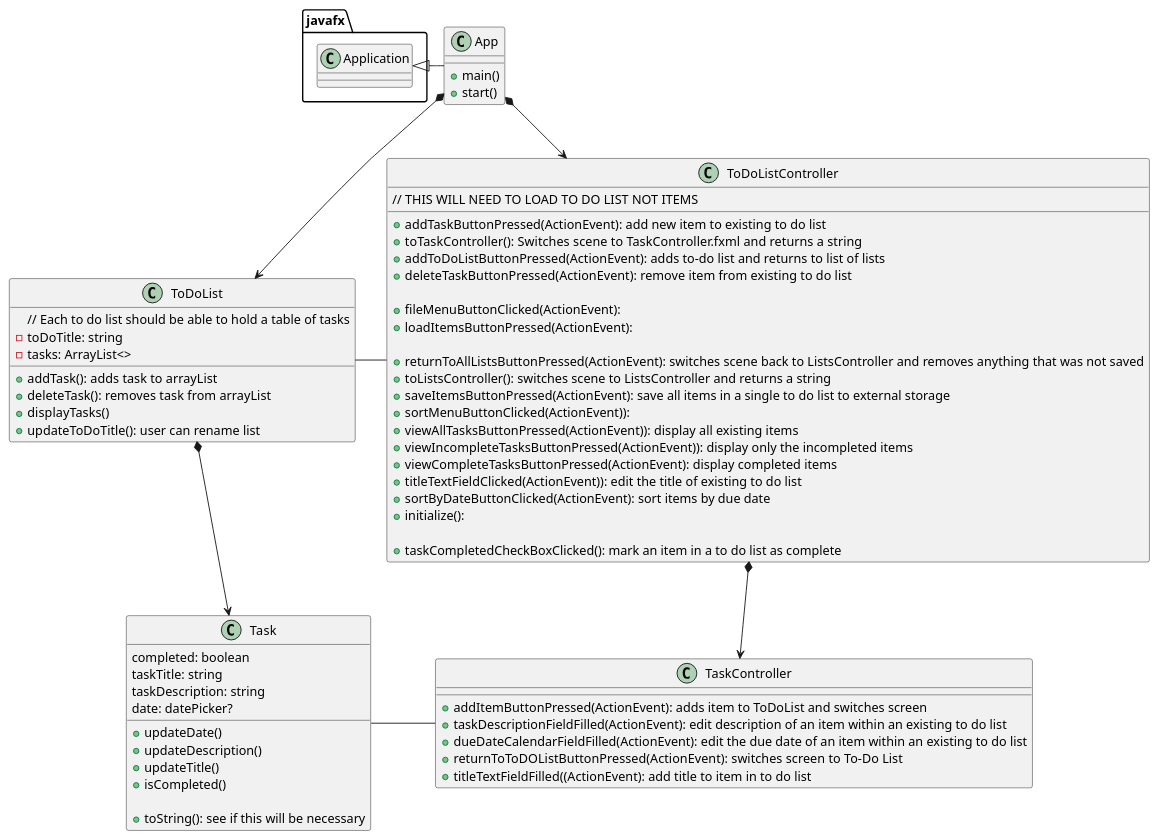
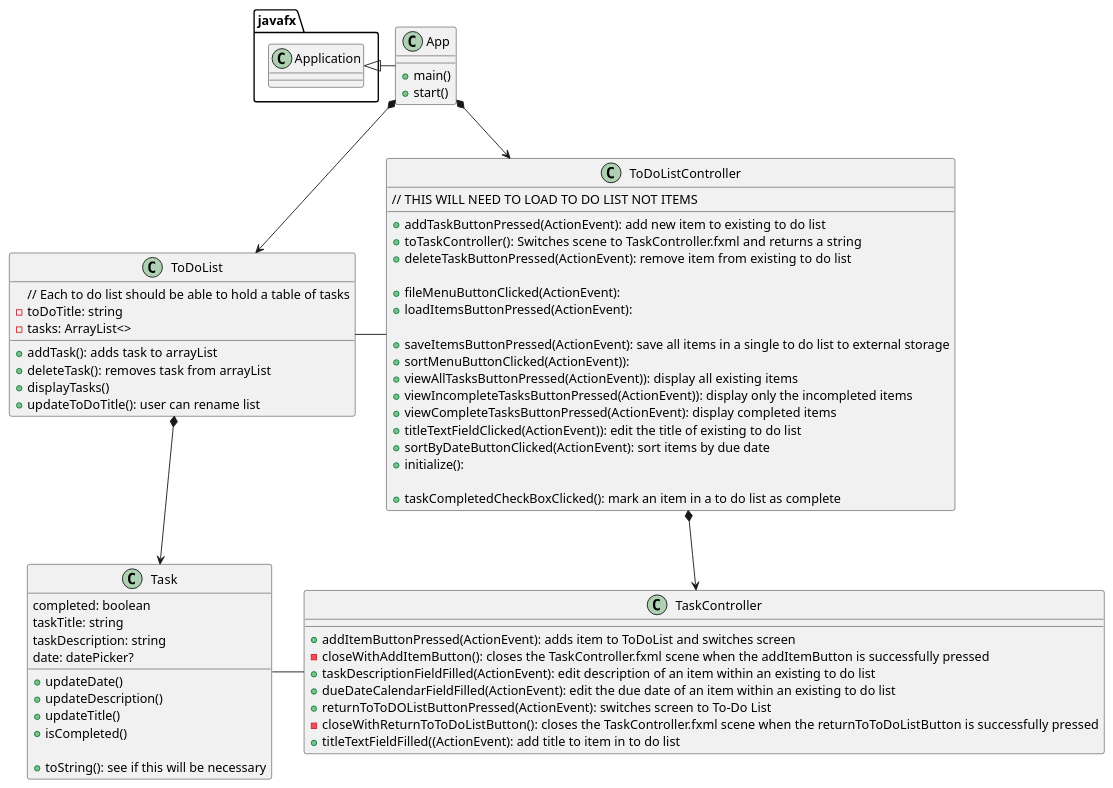
One commit to savosburn/To-Do-List-with-GUI changed the diagram in uml/ToDoList.puml. Above: the diagram before and after it, drawn with PlantUML. The commit also changed 5 other files, not shown here.

Commit message:
Scene switch methods improved, ToDoList.puml adjusted accordingly

```diff
--- a/uml/ToDoList.puml
+++ b/uml/ToDoList.puml
@@ -1,80 +1,79 @@
 @startuml
 'https://plantuml.com/sequence-diagram
 
 class App {
     + main()
     + start()
 }
 
 class ToDoList {
     // Each to do list should be able to hold a table of tasks
     - toDoTitle: string
     - tasks: ArrayList<>
 
     + addTask(): adds task to arrayList
     + deleteTask(): removes task from arrayList
     + displayTasks()
     + updateToDoTitle(): user can rename list
 
 }
 
 class Task {
     completed: boolean
     taskTitle: string
     taskDescription: string
     date: datePicker?
 
     + updateDate()
     + updateDescription()
     + updateTitle()
     + isCompleted()
 
     + toString(): see if this will be necessary
 }
 
 class ToDoListController {
     + addTaskButtonPressed(ActionEvent): add new item to existing to do list
     + toTaskController(): Switches scene to TaskController.fxml and returns a string
-    + addToDoListButtonPressed(ActionEvent): adds to-do list and returns to list of lists
     + deleteTaskButtonPressed(ActionEvent): remove item from existing to do list
 
     + fileMenuButtonClicked(ActionEvent):
 
     // THIS WILL NEED TO LOAD TO DO LIST NOT ITEMS
     + loadItemsButtonPressed(ActionEvent):
 
-    + returnToAllListsButtonPressed(ActionEvent): switches scene back to ListsController and removes anything that was not saved
-    + toListsController(): switches scene to ListsController and returns a string
     + saveItemsButtonPressed(ActionEvent): save all items in a single to do list to external storage
     + sortMenuButtonClicked(ActionEvent)):
            + viewAllTasksButtonPressed(ActionEvent)): display all existing items
            + viewIncompleteTasksButtonPressed(ActionEvent)): display only the incompleted items
            + viewCompleteTasksButtonPressed(ActionEvent): display completed items
     + titleTextFieldClicked(ActionEvent)): edit the title of existing to do list
     + sortByDateButtonClicked(ActionEvent): sort items by due date
     + initialize():
 
     + taskCompletedCheckBoxClicked(): mark an item in a to do list as complete
 
 }
 
 class TaskController {
     + addItemButtonPressed(ActionEvent): adds item to ToDoList and switches screen
+    - closeWithAddItemButton(): closes the TaskController.fxml scene when the addItemButton is successfully pressed
     + taskDescriptionFieldFilled(ActionEvent): edit description of an item within an existing to do list
     + dueDateCalendarFieldFilled(ActionEvent): edit the due date of an item within an existing to do list
     + returnToToDOListButtonPressed(ActionEvent): switches screen to To-Do List
+    - closeWithReturnToToDoListButton(): closes the TaskController.fxml scene when the returnToToDoListButton is successfully pressed
     + titleTextFieldFilled((ActionEvent): add title to item in to do list
 }
 
 
 
 
 javafx.Application <|- App
 App *--> ToDoListController
 App *--> ToDoList
 ToDoListController *--> TaskController
 ToDoList *--> Task
 ToDoList - ToDoListController
 Task - TaskController
 
 @enduml
```
